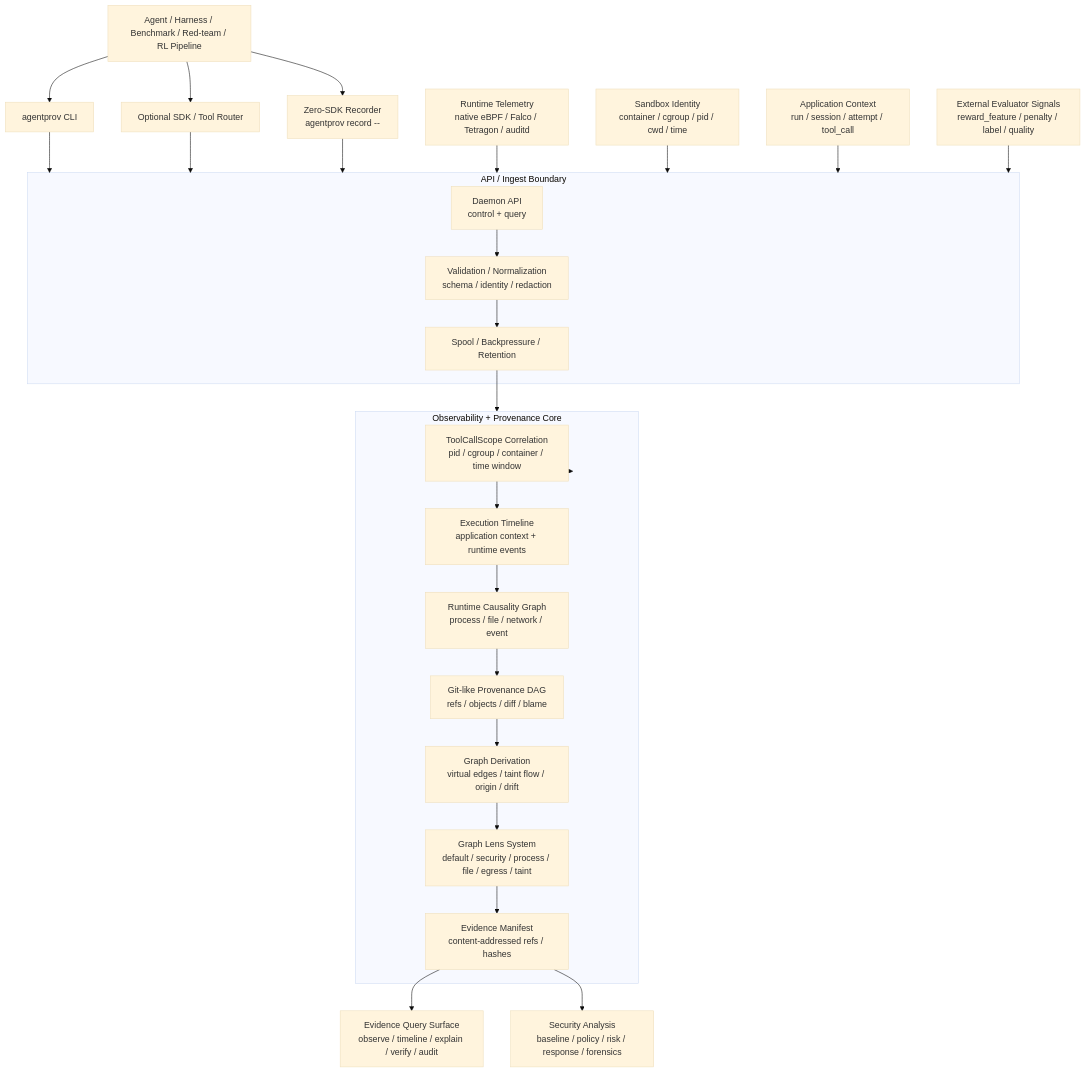
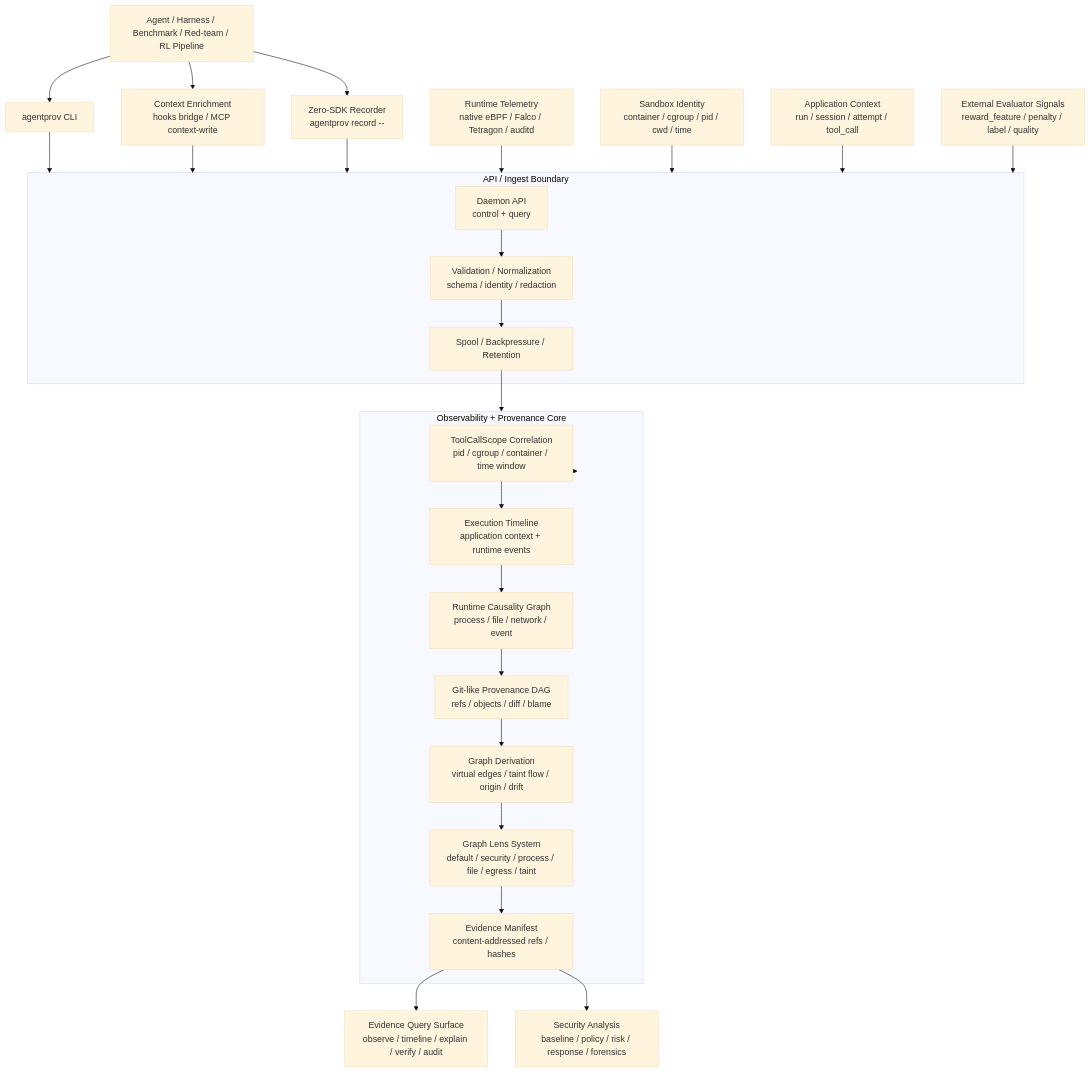
The diagram in README.md (ByteYellow/Agent-Computer-Fleet), drawn with Mermaid (base theme) before and after one commit. The commit also changed other lines of this file and 42 other files, not shown here.

````diff
--- a/README.md
+++ b/README.md
@@ -1012,44 +896,44 @@
 ```mermaid
 flowchart TD
     Agent["Agent / Harness / Benchmark / Red-team / RL Pipeline"] --> CLI["agentprov CLI"]
-    Agent --> SDK["Optional SDK / Tool Router"]
+    Agent --> Enrich["Context Enrichment\nhooks bridge / MCP context-write"]
     Agent --> Recorder["Zero-SDK Recorder\nagentprov record -- <cmd>"]
 
     CLI --> Boundary
-    SDK --> Boundary
+    Enrich --> Boundary
     Recorder --> Boundary
     RuntimeTelemetry["Runtime Telemetry\nnative eBPF / Falco / Tetragon / auditd"] --> Boundary
     SandboxIdentity["Sandbox Identity\ncontainer / cgroup / pid / cwd / time"] --> Boundary
     AppContext["Application Context\nrun / session / attempt / tool_call"] --> Boundary
     ExternalSignals["External Evaluator Signals\nreward_feature / penalty / label / quality"] --> Boundary
 
     subgraph Boundary["API / Ingest Boundary"]
         Daemon["Daemon API\ncontrol + query"]
         Validation["Validation / Normalization\nschema / identity / redaction"]
         Spool["Spool / Backpressure / Retention"]
     end
 
     Daemon --> Validation
     Validation --> Spool
     Spool --> Core
 
     subgraph Core["Observability + Provenance Core"]
         Correlation["ToolCallScope Correlation\npid / cgroup / container / time window"]
         Timeline["Execution Timeline\napplication context + runtime events"]
         Causality["Runtime Causality Graph\nprocess / file / network / event"]
         Provenance["Git-like Provenance DAG\nrefs / objects / diff / blame"]
         Derivation["Graph Derivation\nvirtual edges / taint flow / origin / drift"]
         Lens["Graph Lens System\ndefault / security / process / file / egress / taint"]
         Evidence["Evidence Manifest\ncontent-addressed refs / hashes"]
     end
 
     Core --> Correlation
     Correlation --> Timeline
     Timeline --> Causality
     Causality --> Provenance
     Provenance --> Derivation
     Derivation --> Lens
     Lens --> Evidence
     Evidence --> Query["Evidence Query Surface\nobserve / timeline / explain / verify / audit"]
     Evidence --> Security["Security Analysis\nbaseline / policy / risk / response / forensics"]
 ```
````
